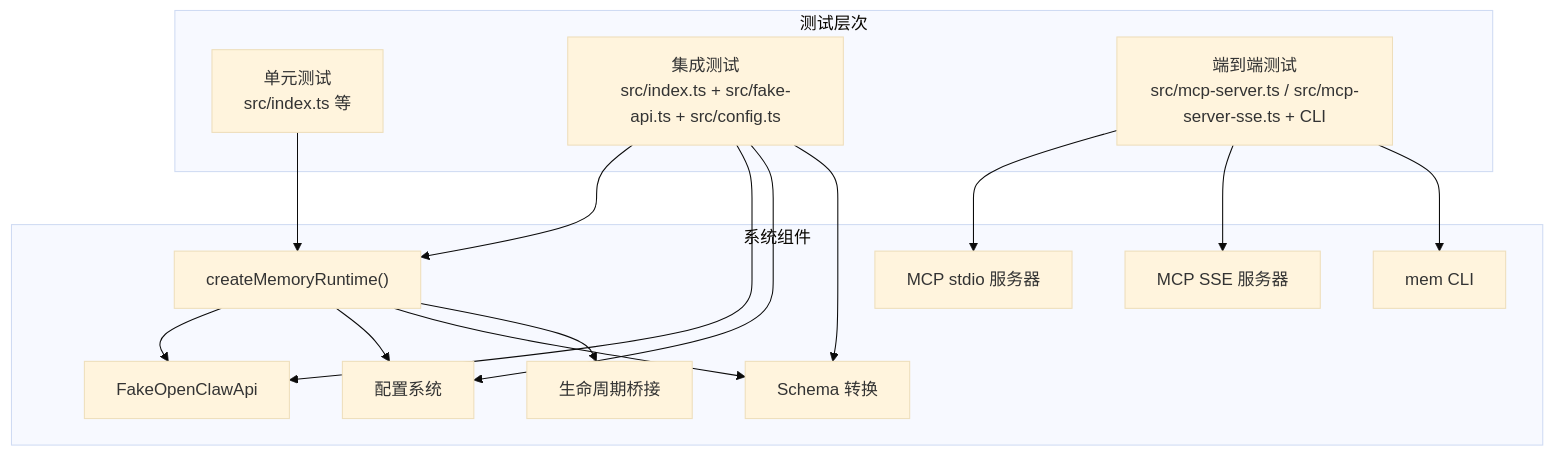
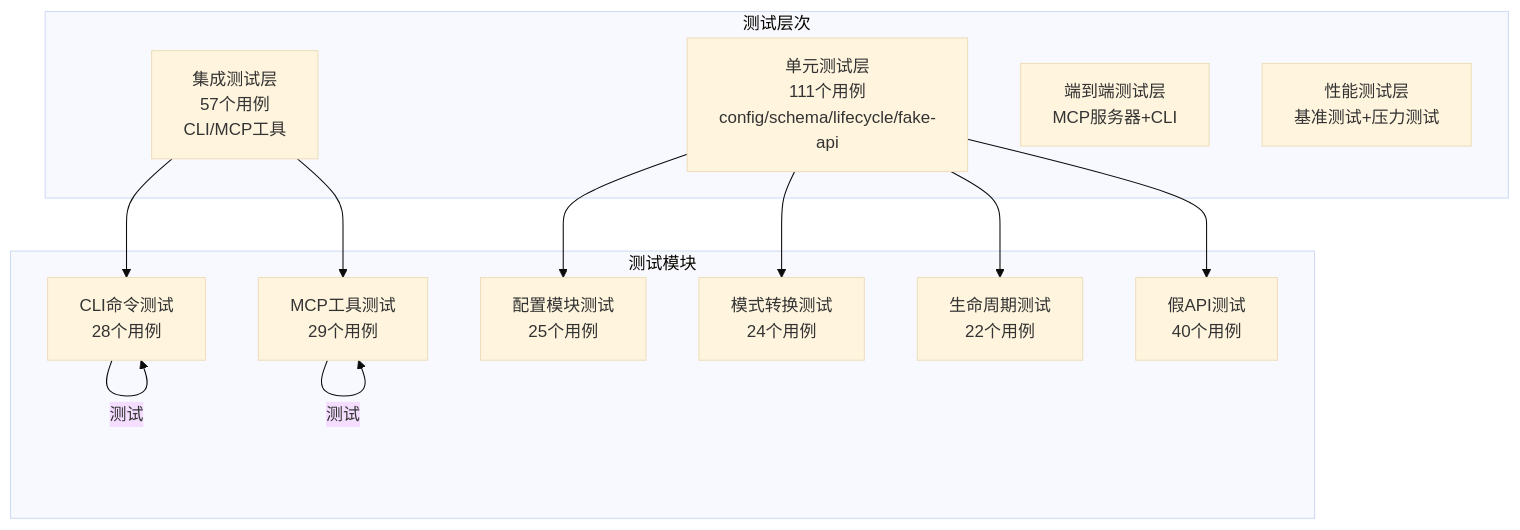
One commit to HACK-WU/memory-lancedb-mcp changed the second of 2 diagrams in .qoder/repowiki/zh/content/开发者指南/测试策略.md. Above: the diagram before and after it, drawn with Mermaid (base theme). The commit also changed other lines of this file and 17 other files, not shown here.

````diff
--- a/.qoder/repowiki/zh/content/开发者指南/测试策略.md
+++ b/.qoder/repowiki/zh/content/开发者指南/测试策略.md
@@ -105,30 +92,25 @@
 ```mermaid
 graph TB
 subgraph "测试层次"
-UT["单元测试<br/>src/index.ts 等"]
-IT["集成测试<br/>src/index.ts + src/fake-api.ts + src/config.ts"]
-E2E["端到端测试<br/>src/mcp-server.ts / src/mcp-server-sse.ts + CLI"]
+UT["单元测试层<br/>111个用例<br/>config/schema/lifecycle/fake-api"]
+IT["集成测试层<br/>57个用例<br/>CLI/MCP工具"]
+E2E["端到端测试层<br/>MCP服务器+CLI"]
+PERF["性能测试层<br/>基准测试+压力测试"]
 end
-subgraph "系统组件"
-RT["createMemoryRuntime()"]
-FA["FakeOpenClawApi"]
-CFG["配置系统"]
-SCH["Schema 转换"]
-LC["生命周期桥接"]
-STDIO["MCP stdio 服务器"]
-SSE["MCP SSE 服务器"]
-CLI["mem CLI"]
+subgraph "测试模块"
+CLI["CLI命令测试<br/>28个用例"]
+MCP["MCP工具测试<br/>29个用例"]
+CONFIG["配置模块测试<br/>25个用例"]
+SCHEMA["模式转换测试<br/>24个用例"]
+LIFE["生命周期测试<br/>22个用例"]
+FAKE["假API测试<br/>40个用例"]
 end
-UT --> RT
-IT --> RT
-IT --> FA
-IT --> CFG
-IT --> SCH
-E2E --> STDIO
-E2E --> SSE
-E2E --> CLI
-RT --> FA
-RT --> CFG
-RT --> SCH
-RT --> LC
+UT --> CONFIG
+UT --> SCHEMA
+UT --> LIFE
+UT --> FAKE
+IT --> CLI
+IT --> MCP
+CLI --> |"测试"| CLI
+MCP --> |"测试"| MCP
 ```
````
